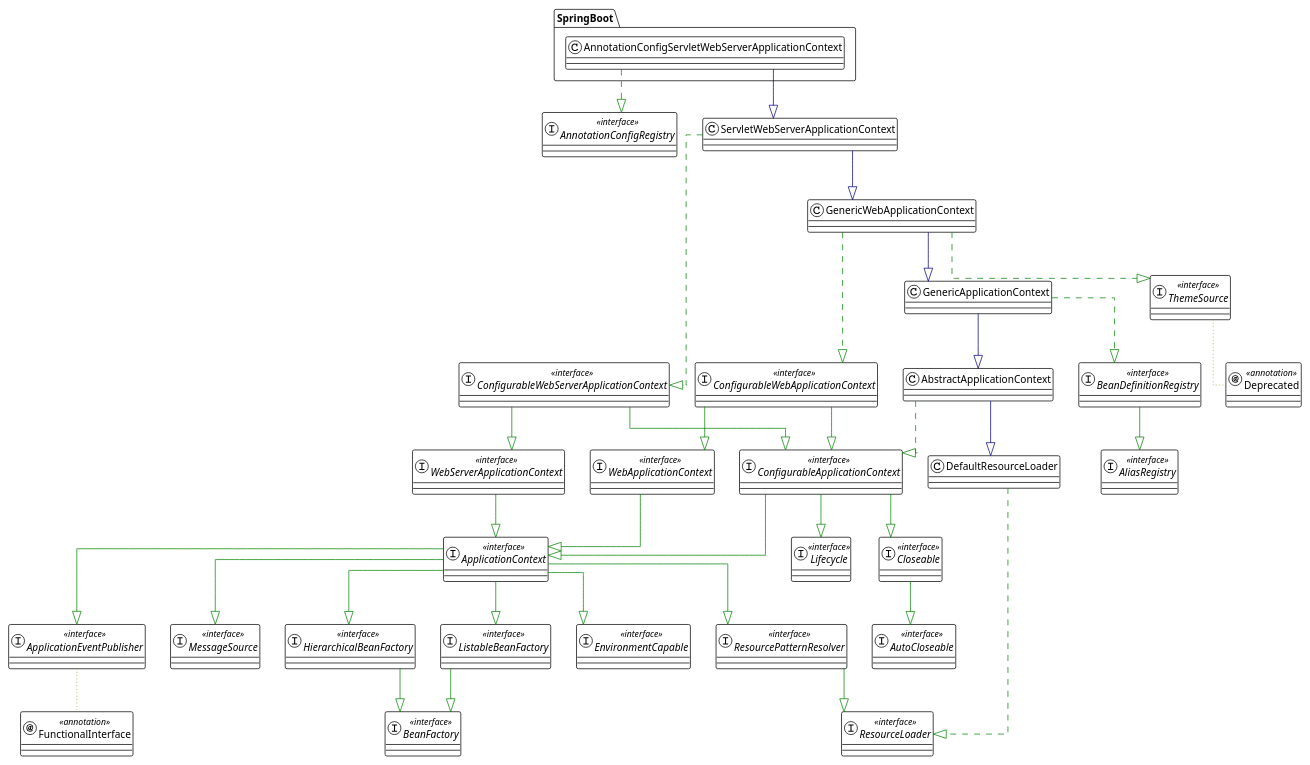
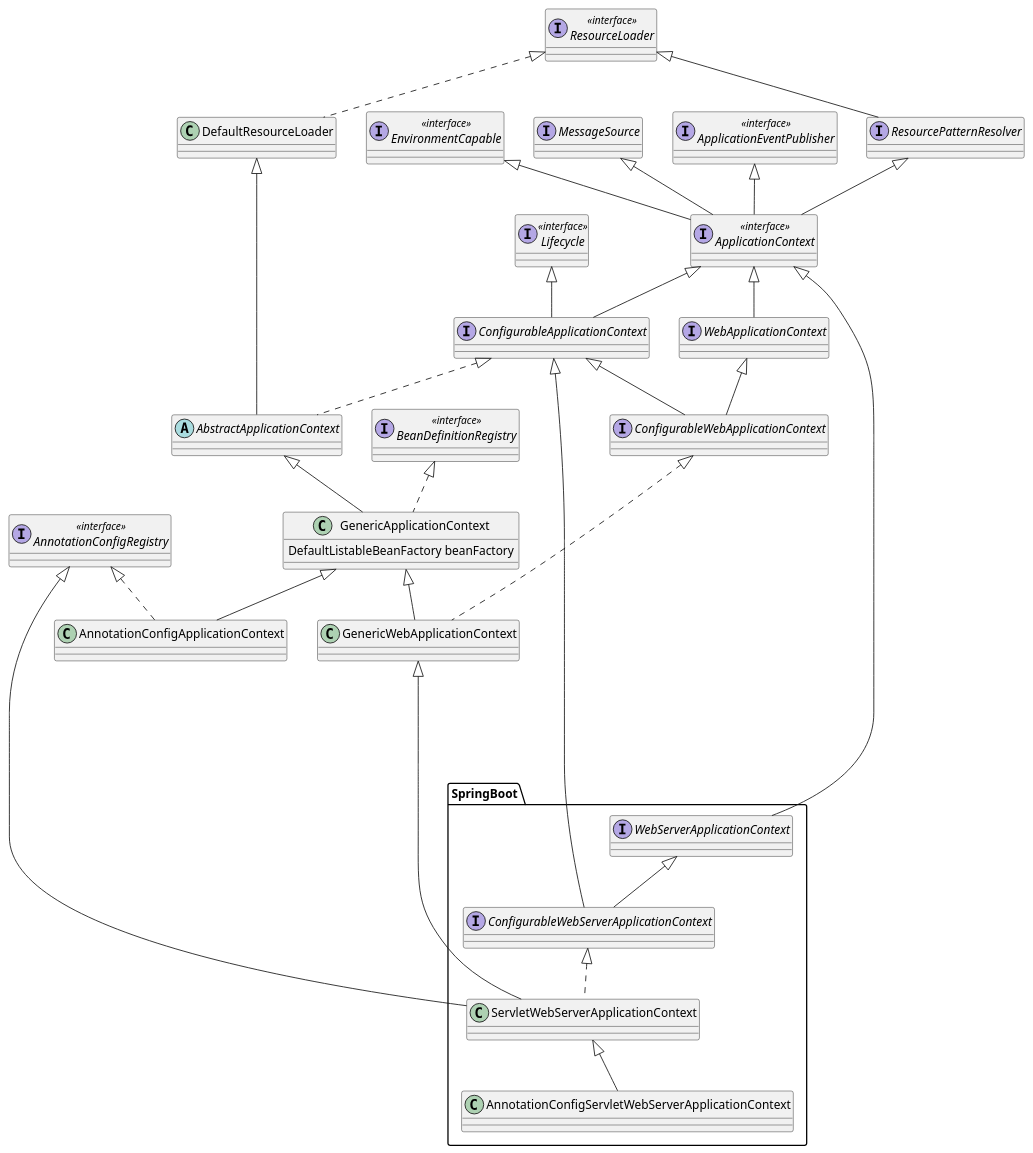
The eighth of 13 diagrams in content/post/java/spring/spring/index.md (kevinwang930/kevinwang930.github.io), drawn with PlantUML before and after one commit. The commit also changed other lines of this file and 5 other files, not shown here.

````diff
--- a/content/post/java/spring/spring/index.md
+++ b/content/post/java/spring/spring/index.md
@@ -127,76 +281,56 @@
 ```plantuml
 @startuml
-scale 1536 width
-!theme plain
-top to bottom direction
-skinparam linetype ortho
-package SpringBoot {
-class AnnotationConfigServletWebServerApplicationContext
-}
-class AbstractApplicationContext
-interface AliasRegistry << interface >>
+
+
+
+
+
+
 interface AnnotationConfigRegistry << interface >>
-
 interface ApplicationContext << interface >>
 interface ApplicationEventPublisher << interface >>
-interface AutoCloseable << interface >>
 interface BeanDefinitionRegistry << interface >>
-interface BeanFactory << interface >>
-interface Closeable << interface >>
-interface ConfigurableApplicationContext << interface >>
-interface ConfigurableWebApplicationContext << interface >>
-interface ConfigurableWebServerApplicationContext << interface >>
-class DefaultResourceLoader
-annotation Deprecated << annotation >>
+
+interface ConfigurableApplicationContext extends ApplicationContext, Lifecycle
+interface ConfigurableWebApplicationContext extends WebApplicationContext, ConfigurableApplicationContext
+
+abstract class AbstractApplicationContext extends DefaultResourceLoader implements ConfigurableApplicationContext
+class DefaultResourceLoader implements ResourceLoader
 interface EnvironmentCapable << interface >>
-annotation FunctionalInterface << annotation >>
-class GenericApplicationContext
-class GenericWebApplicationContext
-interface HierarchicalBeanFactory << interface >>
+class GenericApplicationContext extends AbstractApplicationContext implements BeanDefinitionRegistry {
+    DefaultListableBeanFactory beanFactory
+}
+
+
+
+class GenericWebApplicationContext extends GenericApplicationContext implements ConfigurableWebApplicationContext
 interface Lifecycle << interface >>
-interface ListableBeanFactory << interface >>
-interface MessageSource << interface >>
 interface ResourceLoader << interface >>
-interface ResourcePatternResolver << interface >>
-class ServletWebServerApplicationContext
-interface ThemeSource << interface >>
-interface WebApplicationContext << interface >>
-interface WebServerApplicationContext << interface >>
+interface ResourcePatternResolver extends ResourceLoader
 
-AbstractApplicationContext                          -[#008200,dashed]-^  ConfigurableApplicationContext                     
-AbstractApplicationContext                          -[#000082,plain]-^  DefaultResourceLoader                              
-AnnotationConfigServletWebServerApplicationContext  -[#008200,dashed]-^  AnnotationConfigRegistry                           
-AnnotationConfigServletWebServerApplicationContext  -[#000082,plain]-^  ServletWebServerApplicationContext                 
-ApplicationContext                                  -[#008200,plain]-^  ApplicationEventPublisher                          
-ApplicationContext                                  -[#008200,plain]-^  EnvironmentCapable                                 
-ApplicationContext                                  -[#008200,plain]-^  HierarchicalBeanFactory                            
-ApplicationContext                                  -[#008200,plain]-^  ListableBeanFactory                                
-ApplicationContext                                  -[#008200,plain]-^  MessageSource                                      
-ApplicationContext                                  -[#008200,plain]-^  ResourcePatternResolver                            
-ApplicationEventPublisher                           -[#999900,dotted]-  FunctionalInterface                                
-BeanDefinitionRegistry                              -[#008200,plain]-^  AliasRegistry                                      
-Closeable                                           -[#008200,plain]-^  AutoCloseable                                      
-ConfigurableApplicationContext                      -[#008200,plain]-^  ApplicationContext                                 
-ConfigurableApplicationContext                      -[#008200,plain]-^  Closeable                                          
-ConfigurableApplicationContext                      -[#008200,plain]-^  Lifecycle                                          
-ConfigurableWebApplicationContext                   -[#008200,plain]-^  ConfigurableApplicationContext                     
-ConfigurableWebApplicationContext                   -[#008200,plain]-^  WebApplicationContext                              
-ConfigurableWebServerApplicationContext             -[#008200,plain]-^  ConfigurableApplicationContext                     
-ConfigurableWebServerApplicationContext             -[#008200,plain]-^  WebServerApplicationContext                        
-DefaultResourceLoader                               -[#008200,dashed]-^  ResourceLoader                                     
-GenericApplicationContext                           -[#000082,plain]-^  AbstractApplicationContext                         
-GenericApplicationContext                           -[#008200,dashed]-^  BeanDefinitionRegistry                             
-GenericWebApplicationContext                        -[#008200,dashed]-^  ConfigurableWebApplicationContext                  
-GenericWebApplicationContext                        -[#000082,plain]-^  GenericApplicationContext                          
-GenericWebApplicationContext                        -[#008200,dashed]-^  ThemeSource                                        
-HierarchicalBeanFactory                             -[#008200,plain]-^  BeanFactory                                        
-ListableBeanFactory                                 -[#008200,plain]-^  BeanFactory                                        
-ResourcePatternResolver                             -[#008200,plain]-^  ResourceLoader                                     
-ServletWebServerApplicationContext                  -[#008200,dashed]-^  ConfigurableWebServerApplicationContext            
-ServletWebServerApplicationContext                  -[#000082,plain]-^  GenericWebApplicationContext                       
-ThemeSource                                         -[#999900,dotted]-  Deprecated                                         
-WebApplicationContext                               -[#008200,plain]-^  ApplicationContext                                 
-WebServerApplicationContext                         -[#008200,plain]-^  ApplicationContext                                 
+
+
+
+
+
+interface ApplicationContext extends EnvironmentCapable,MessageSource, ApplicationEventPublisher, ResourcePatternResolver
+
+interface WebApplicationContext  extends ApplicationContext
+class AnnotationConfigApplicationContext extends GenericApplicationContext implements AnnotationConfigRegistry
+
+package SpringBoot {
+    
+    interface WebServerApplicationContext 
+    interface ConfigurableWebServerApplicationContext extends  WebServerApplicationContext
+
+    class ServletWebServerApplicationContext implements ConfigurableWebServerApplicationContext
+    class AnnotationConfigServletWebServerApplicationContext extends ServletWebServerApplicationContext 
+}
+  
+ApplicationContext <|-------- WebServerApplicationContext
+GenericWebApplicationContext <|-- ServletWebServerApplicationContext
+ConfigurableApplicationContext <|-- ConfigurableWebServerApplicationContext
+AnnotationConfigRegistry <|-- ServletWebServerApplicationContext
 @enduml
 
 ```
````
